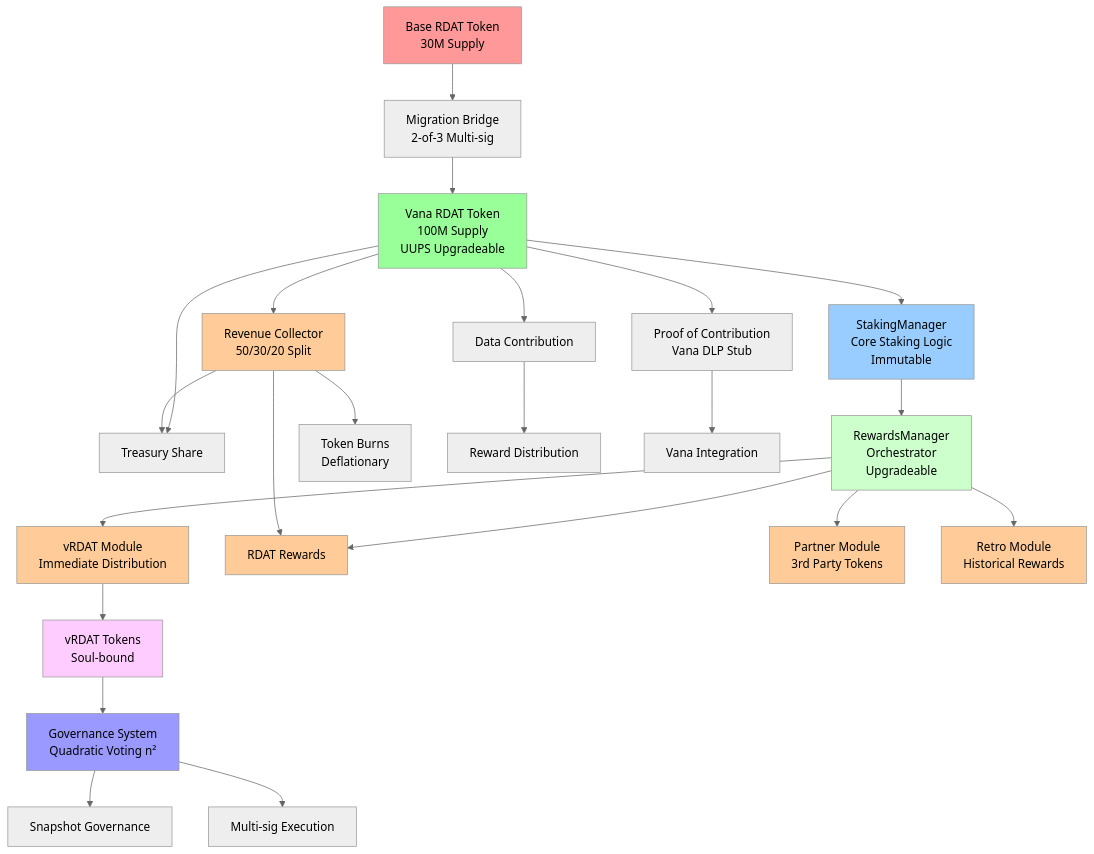
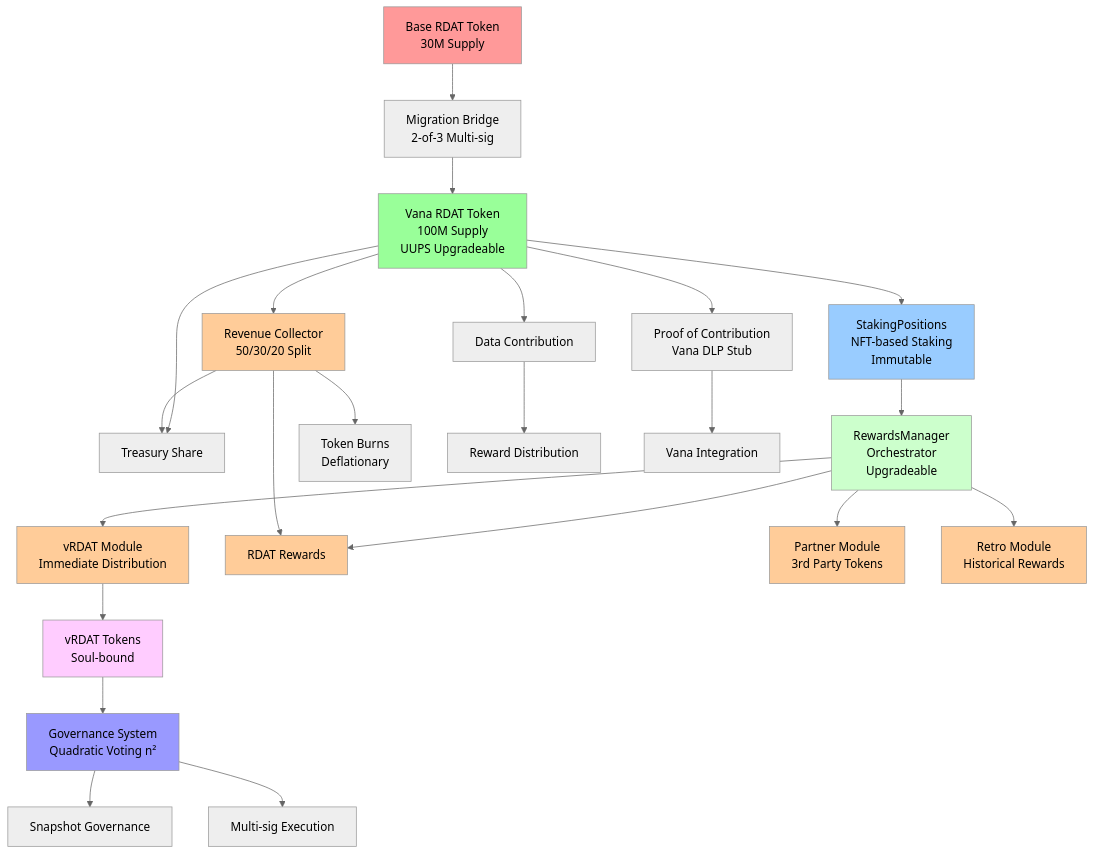
Before and after one commit to rdatadao-v2/rdatadao-contracts: the first of 15 diagrams in docs/SPECIFICATIONS.md, drawn with Mermaid (neutral theme). The commit also changed other lines of this file and 2 other files, not shown here.

````diff
--- a/docs/SPECIFICATIONS.md
+++ b/docs/SPECIFICATIONS.md
@@ -171,43 +178,43 @@
 ```mermaid
 graph TD
     A[Base RDAT Token<br/>30M Supply] --> B[Migration Bridge<br/>2-of-3 Multi-sig]
     B --> C[Vana RDAT Token<br/>100M Supply<br/>UUPS Upgradeable]
     
-    C --> D[StakingManager<br/>Core Staking Logic<br/>Immutable]
+    C --> D[StakingPositions<br/>NFT-based Staking<br/>Immutable]
     C --> E[Data Contribution]
     C --> F[Treasury Management<br/>Gnosis Safe]
     C --> O[Revenue Collector<br/>50/30/20 Split]
     C --> P[Proof of Contribution<br/>Vana DLP Stub]
     
     D --> RM[RewardsManager<br/>Orchestrator<br/>Upgradeable]
     
     RM --> RM1[vRDAT Module<br/>Immediate Distribution]
     RM --> RM2[RDAT Module<br/>Time-based Rewards]
     RM --> RM3[Partner Module<br/>3rd Party Tokens]
     RM --> RM4[Retro Module<br/>Historical Rewards]
     
     RM1 --> H[vRDAT Tokens<br/>Soul-bound]
     H --> I[Governance System<br/>Quadratic Voting n²]
     
     O --> RM2[RDAT Rewards]
     O --> F[Treasury Share]
     O --> Q[Token Burns<br/>Deflationary]
     
     E --> R[Reward Distribution]
     P --> S[Vana Integration]
     
     I --> T[Snapshot Governance]
     I --> U[Multi-sig Execution]
     
     style A fill:#ff9999
     style C fill:#99ff99
     style D fill:#99ccff
     style RM fill:#ccffcc
     style RM1 fill:#ffcc99
     style RM2 fill:#ffcc99
     style RM3 fill:#ffcc99
     style RM4 fill:#ffcc99
     style H fill:#ffccff
     style I fill:#9999ff
     style O fill:#ffcc99
 ```
````
